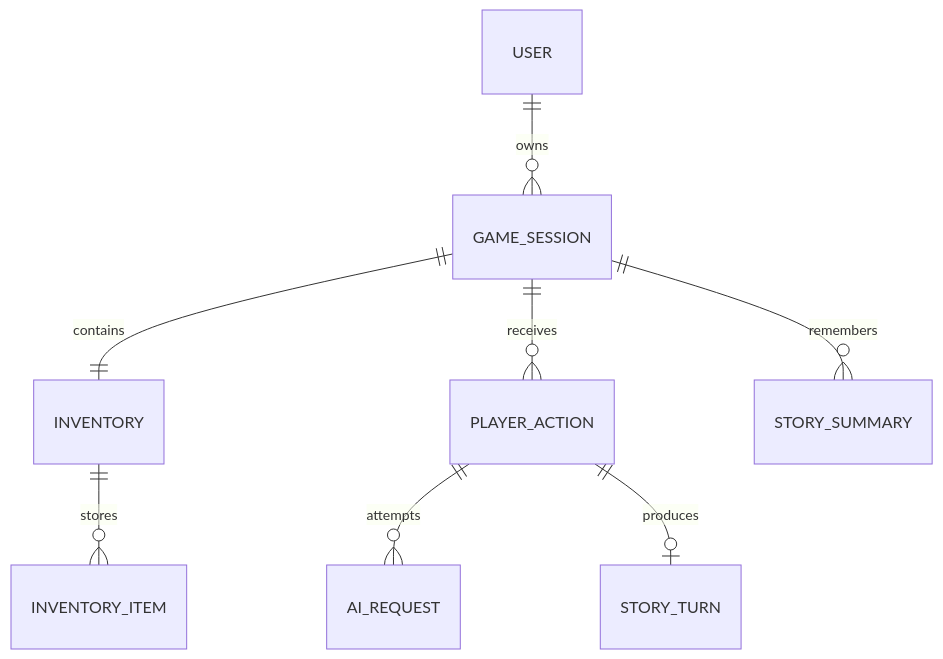
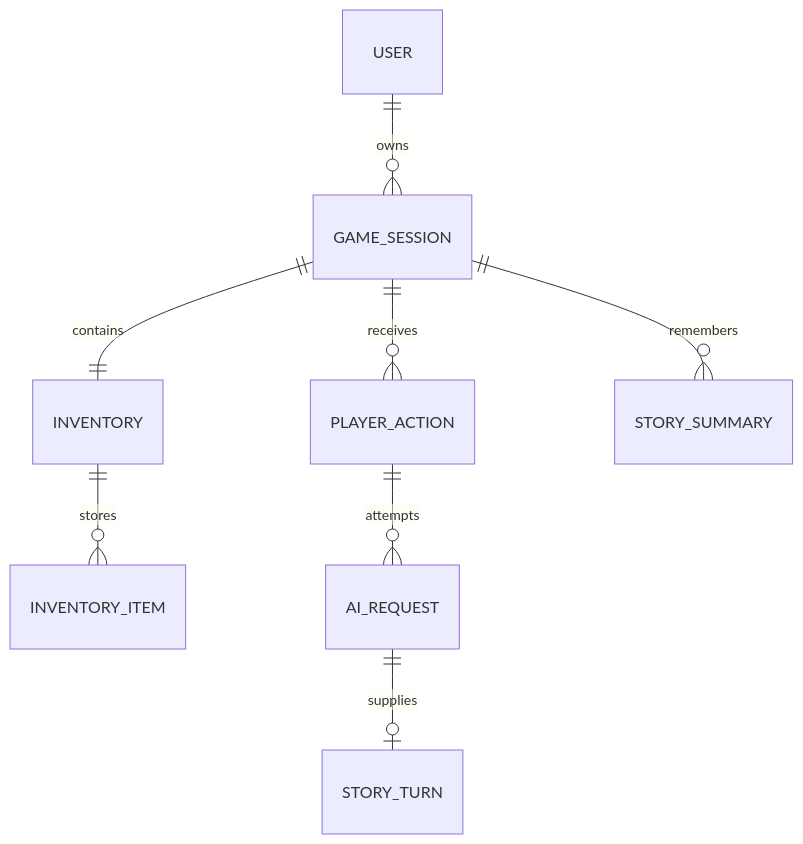
The diagram in README.md (ZheleznikovNikita/RPI), drawn with Mermaid before and after one commit. The commit also changed other lines of this file and 14 other files, not shown here.

````diff
--- a/README.md
+++ b/README.md
@@ -64,10 +64,10 @@
 ```mermaid
 erDiagram
     USER ||--o{ GAME_SESSION : owns
     GAME_SESSION ||--|| INVENTORY : contains
     INVENTORY ||--o{ INVENTORY_ITEM : stores
     GAME_SESSION ||--o{ PLAYER_ACTION : receives
     PLAYER_ACTION ||--o{ AI_REQUEST : attempts
-    PLAYER_ACTION ||--o| STORY_TURN : produces
+    AI_REQUEST ||--o| STORY_TURN : supplies
     GAME_SESSION ||--o{ STORY_SUMMARY : remembers
 ```
````
